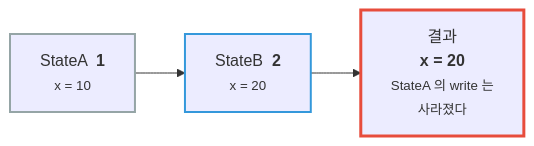
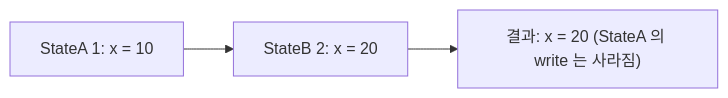
One commit to genie4youu/genie4youu.github.io changed the third of 3 diagrams in _posts/2026-07-14-stateflow-parallel-and-is-not-simultaneous.md. Above: the diagram before and after it, drawn with Mermaid. The commit also changed other lines of this file and 13 other files, not shown here.

First line of the commit message:
﻿전면 손질: 제목 변경, AI 티 나는 표현 제거, 다이어그램 재작성

````diff
--- a/_posts/2026-07-14-stateflow-parallel-and-is-not-simultaneous.md
+++ b/_posts/2026-07-14-stateflow-parallel-and-is-not-simultaneous.md
@@ -153,8 +110,5 @@
 ```mermaid
 flowchart LR
-    A["StateA &nbsp;<b>1</b><br/><small>x = 10</small>"] --> B["StateB &nbsp;<b>2</b><br/><small>x = 20</small>"] --> R["결과<br/><b>x = 20</b><br/><small>StateA 의 write 는<br/>사라졌다</small>"]
-
-    style A stroke:#95a5a6,stroke-width:2px
-    style B stroke:#3498db,stroke-width:2px
-    style R stroke:#e74c3c,stroke-width:3px
+    A["StateA 1: x = 10"] --> B["StateB 2: x = 20"]
+    B --> R["결과: x = 20 (StateA 의 write 는 사라짐)"]
 ```
````
